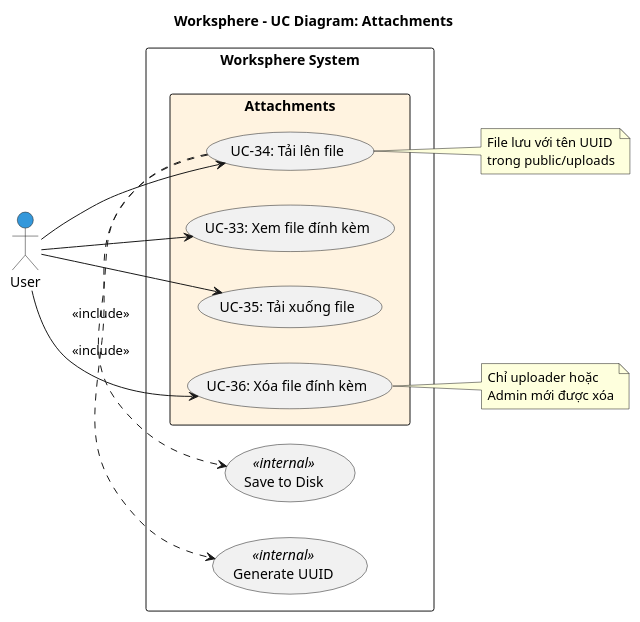
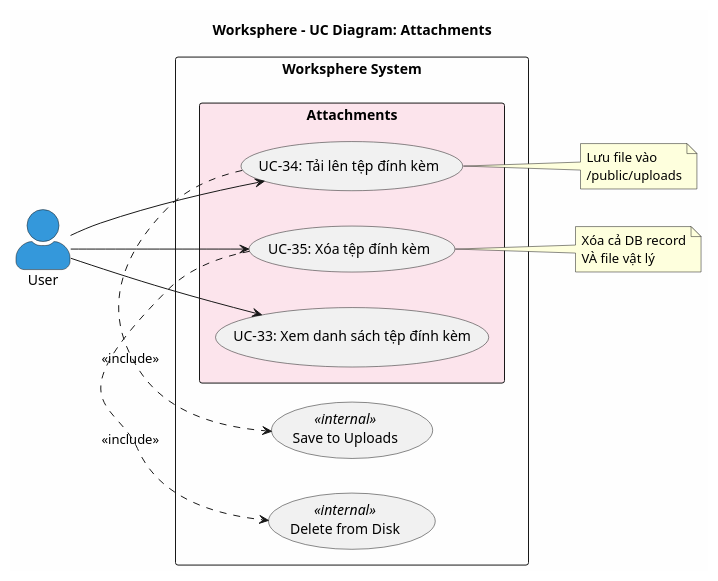
Before and after one commit to docuong039/worksphere: the diagram in docs/usecases/08-attachments.md, drawn with PlantUML. The commit also changed other lines of this file and 44 other files, not shown here.

Commit message:
update diagram trong docs

````diff
--- a/docs/usecases/08-attachments.md
+++ b/docs/usecases/08-attachments.md
@@ -17,40 +32,40 @@
 ```plantuml
 @startuml
 left to right direction
 skinparam packageStyle rectangle
+skinparam actorStyle awesome
+skinparam backgroundColor #FEFEFE
 
 title Worksphere - UC Diagram: Attachments
 
 actor "User" as User #3498DB
 
 rectangle "Worksphere System" {
-  package "Attachments" #FFF3E0 {
-    usecase "UC-33: Xem file đính kèm" as UC33
-    usecase "UC-34: Tải lên file" as UC34
-    usecase "UC-35: Tải xuống file" as UC35
-    usecase "UC-36: Xóa file đính kèm" as UC36
+  package "Attachments" #FCE4EC {
+    usecase "UC-33: Xem danh sách tệp đính kèm" as UC33
+    usecase "UC-34: Tải lên tệp đính kèm" as UC34
+    usecase "UC-35: Xóa tệp đính kèm" as UC35
   }
   
-  usecase "Save to Disk" as UC_SAVE <<internal>>
-  usecase "Generate UUID" as UC_UUID <<internal>>
+  usecase "Save to Uploads" as UC_SAVE <<internal>>
+  usecase "Delete from Disk" as UC_DEL <<internal>>
 }
 
 User --> UC33
 User --> UC34
 User --> UC35
-User --> UC36
 
 UC34 .> UC_SAVE : <<include>>
-UC34 .> UC_UUID : <<include>>
+UC35 .> UC_DEL : <<include>>
 
 note right of UC34
-  File lưu với tên UUID
-  trong public/uploads
+  Lưu file vào
+  /public/uploads
 end note
 
-note right of UC36
-  Chỉ uploader hoặc
-  Admin mới được xóa
+note right of UC35
+  Xóa cả DB record
+  VÀ file vật lý
 end note
 @enduml
 ```
````
